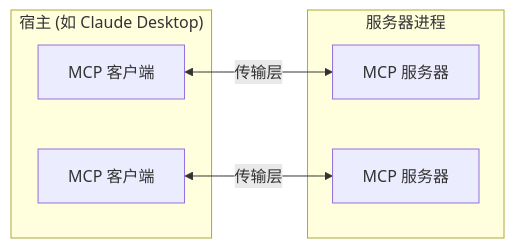
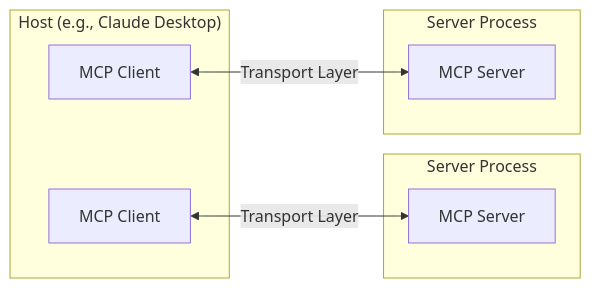
One commit to ingf/docs changed the first of 2 diagrams in zh-Hans/docs/concepts/architecture.mdx. Above: the diagram before and after it, drawn with Mermaid. The commit also changed other lines of this file and 18 other files, not shown here.

````diff
--- a/zh-Hans/docs/concepts/architecture.mdx
+++ b/zh-Hans/docs/concepts/architecture.mdx
@@ -16,16 +16,16 @@
 ```mermaid
 flowchart LR
-    subgraph "&nbsp;宿主 (如 Claude Desktop)&nbsp;"
-        client1[MCP 客户端]
-        client2[MCP 客户端]
+    subgraph "&nbsp;Host (e.g., Claude Desktop)&nbsp;"
+        client1[MCP Client]
+        client2[MCP Client]
     end
-    subgraph "服务器进程"
-        server1[MCP 服务器]
+    subgraph "Server Process"
+        server1[MCP Server]
     end
-    subgraph "服务器进程"
-        server2[MCP 服务器]
+    subgraph "Server Process"
+        server2[MCP Server]
     end
 
-    client1 <-->|传输层| server1
-    client2 <-->|传输层| server2
+    client1 <-->|Transport Layer| server1
+    client2 <-->|Transport Layer| server2
 ```
````
